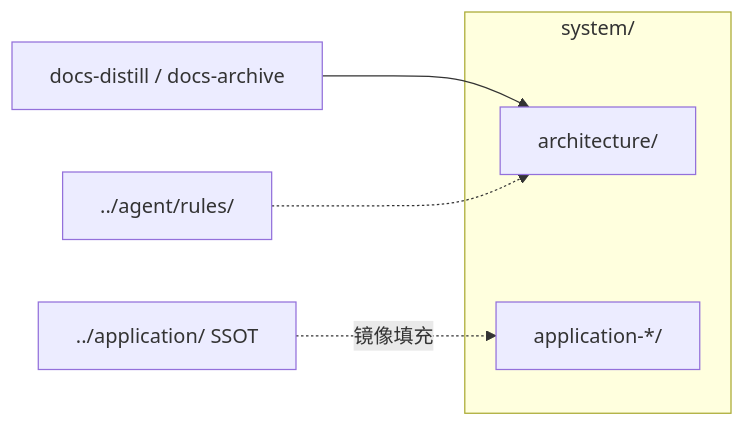
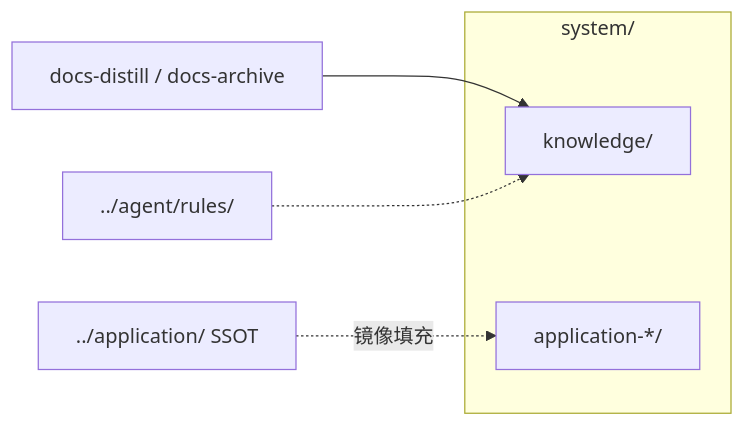
One commit to oleewen/ai-knowledge changed the diagram in system/INDEX_GUIDE.md. Above: the diagram before and after it, drawn with Mermaid. The commit also changed other lines of this file and 180 other files, not shown here.

First line of the commit message:
feat(okf): system 知识库 OKF 改造并将 architecture 重命名为 knowledge

````diff
--- a/system/INDEX_GUIDE.md
+++ b/system/INDEX_GUIDE.md
@@ -55,12 +59,12 @@
 ```mermaid
 flowchart LR
   subgraph sys["system/"]
-    arch["architecture/"]
+    arch["knowledge/"]
     slot["application-*/"]
   end
   app["../application/ SSOT"]
   distill["docs-distill / docs-archive"]
   app -.->|"镜像填充"| slot
   distill --> arch
   rules["../agent/rules/"] -.-> arch
 ```
````
